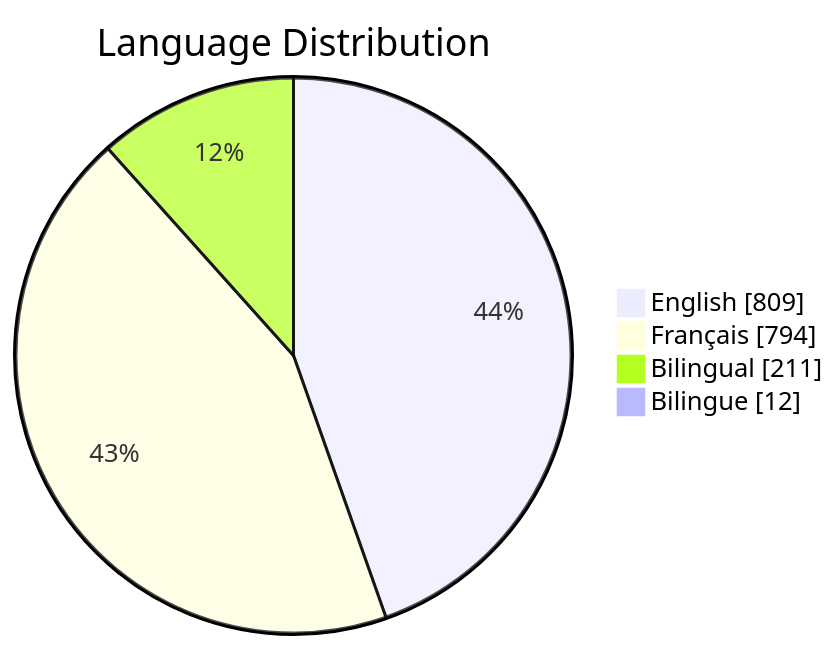
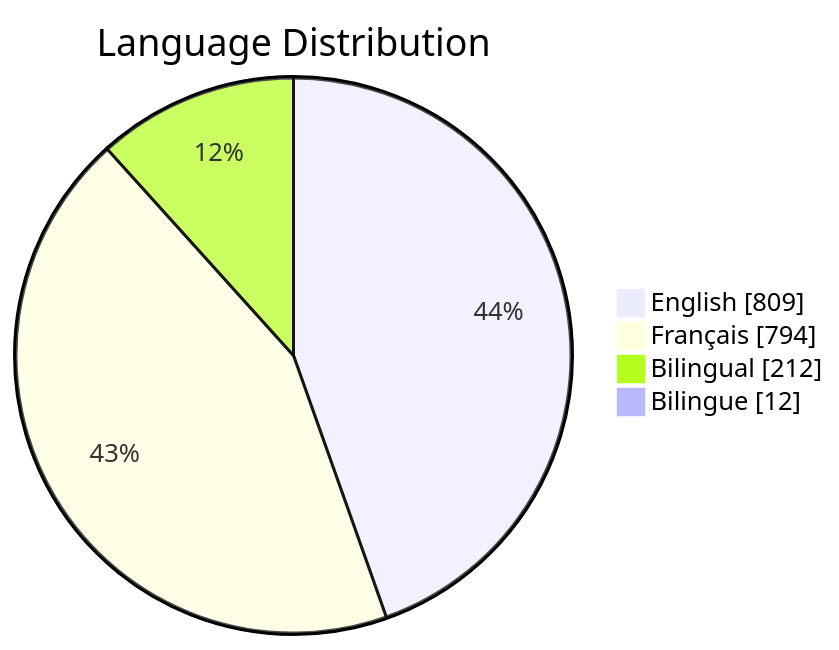
One commit to PatLittle/GC-Socials changed the third of 6 diagrams in README.md. Above: the diagram before and after it, drawn with Mermaid. The commit also changed other lines of this file, not shown here.

Commit message:
Update README with Platform Distribution pie chart

````diff
--- a/README.md
+++ b/README.md
@@ -63,7 +65,7 @@
 ```mermaid
 pie showData title Language Distribution
     "English": 809
     "Français": 794
-    "Bilingual": 211
+    "Bilingual": 212
     "Bilingue": 12
 ```
````
